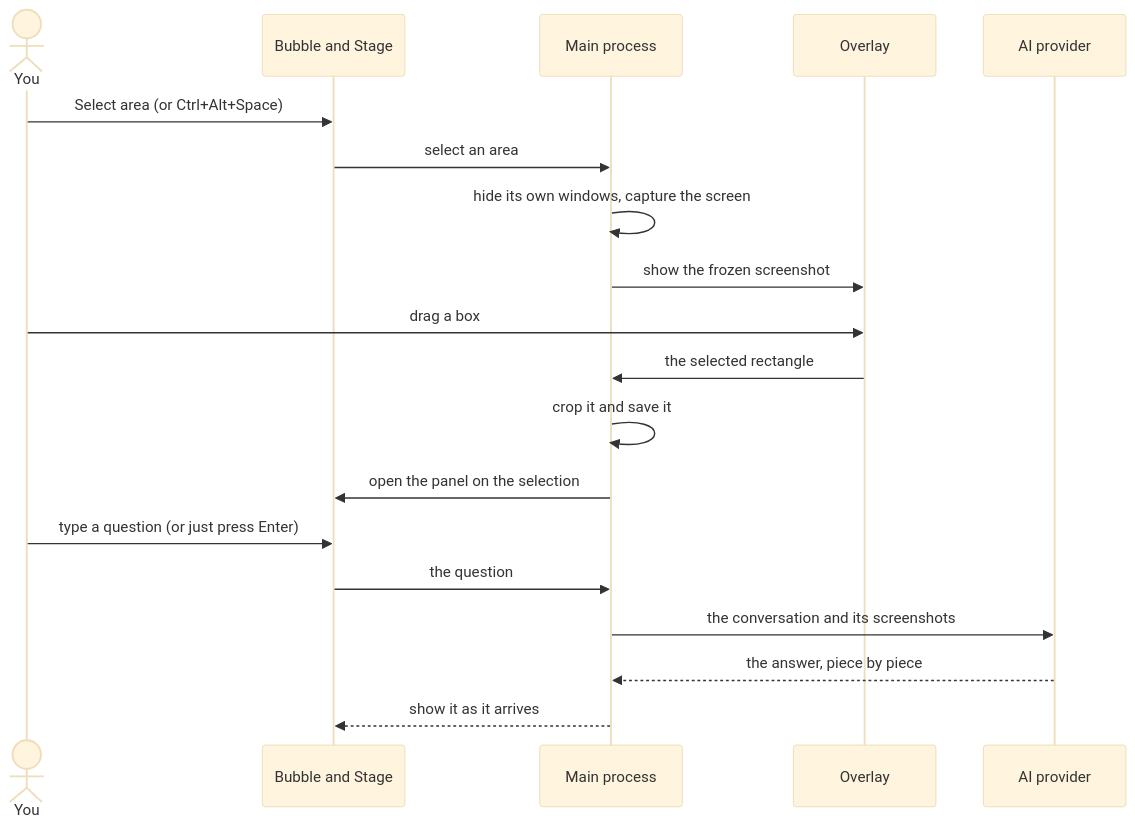
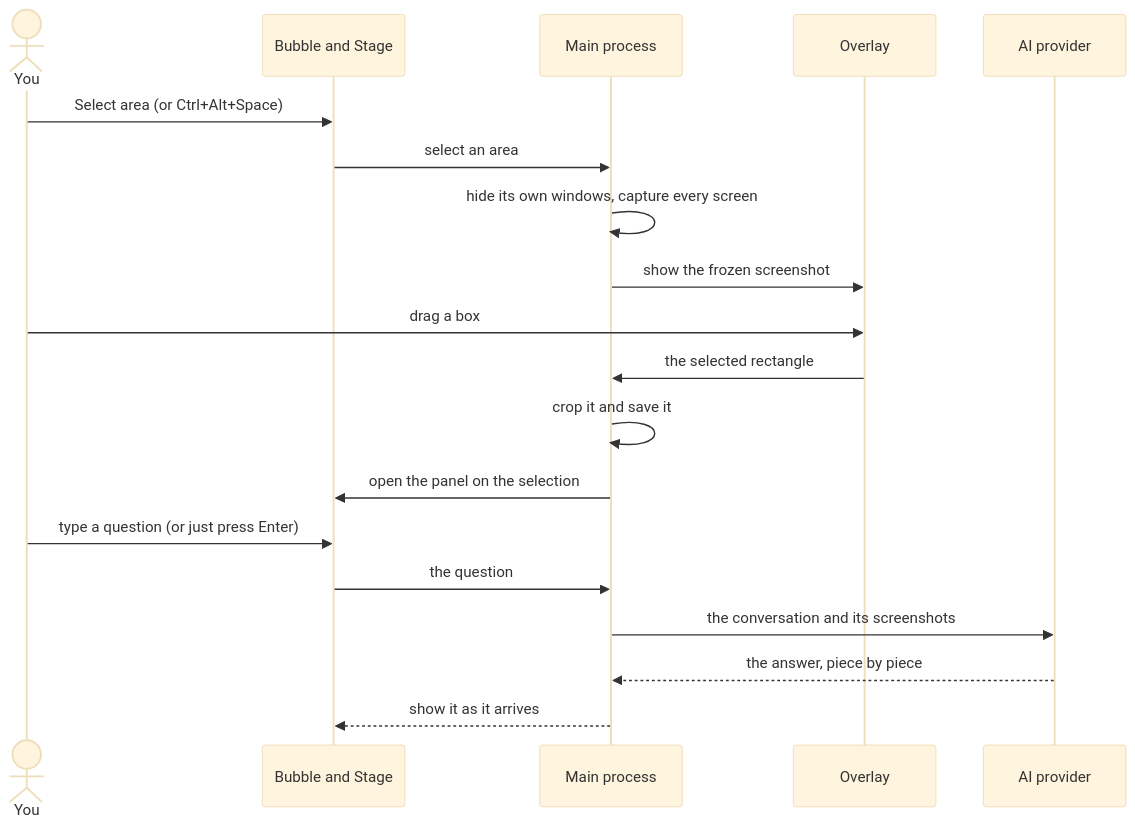
Before and after one commit to jerungpyro/ExScreenHelp: the diagram in README.md, drawn with Mermaid (base theme). The commit also changed other lines of this file and 12 other files, not shown here.

First line of the commit message:
feat: work across every screen

````diff
--- a/README.md
+++ b/README.md
@@ -88,21 +88,21 @@
 ```mermaid
 sequenceDiagram
     actor You
     participant Stage as Bubble and Stage
     participant Main as Main process
     participant Overlay
     participant AI as AI provider
     You->>Stage: Select area (or Ctrl+Alt+Space)
     Stage->>Main: select an area
-    Main->>Main: hide its own windows, capture the screen
+    Main->>Main: hide its own windows, capture every screen
     Main->>Overlay: show the frozen screenshot
     You->>Overlay: drag a box
     Overlay->>Main: the selected rectangle
     Main->>Main: crop it and save it
     Main->>Stage: open the panel on the selection
     You->>Stage: type a question (or just press Enter)
     Stage->>Main: the question
     Main->>AI: the conversation and its screenshots
     AI-->>Main: the answer, piece by piece
     Main-->>Stage: show it as it arrives
 ```
````
